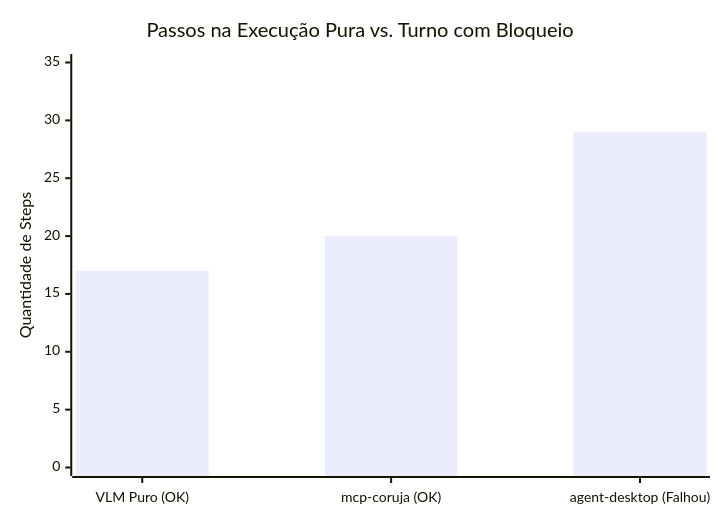
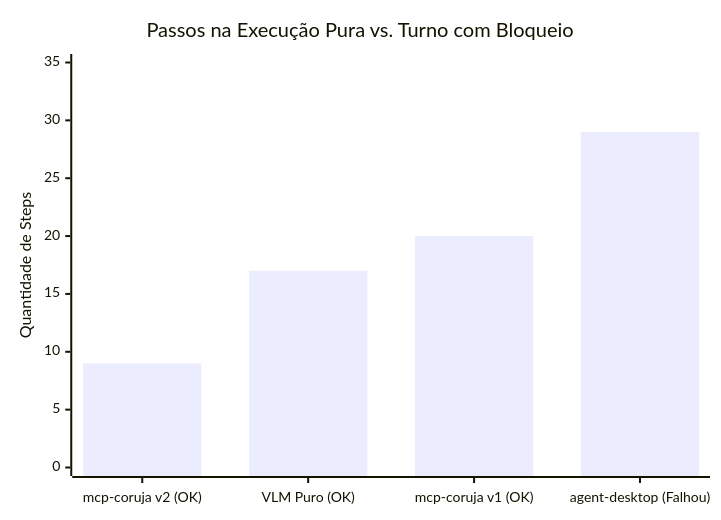
Before and after one commit to LucasEBRTIA/mcp-coruja: the fourth of 6 diagrams in BENCHMARK.md, drawn with Mermaid. The commit also changed other lines of this file, not shown here.

````diff
--- a/BENCHMARK.md
+++ b/BENCHMARK.md
@@ -119,7 +119,7 @@
 ```mermaid
 xychart-beta
     title "Passos na Execução Pura vs. Turno com Bloqueio"
-    x-axis ["VLM Puro (OK)", "mcp-coruja (OK)", "agent-desktop (Falhou)"]
+    x-axis ["mcp-coruja v2 (OK)", "VLM Puro (OK)", "mcp-coruja v1 (OK)", "agent-desktop (Falhou)"]
     y-axis "Quantidade de Steps" 0 --> 35
-    bar [17, 20, 29]
+    bar [9, 17, 20, 29]
 ```
````
